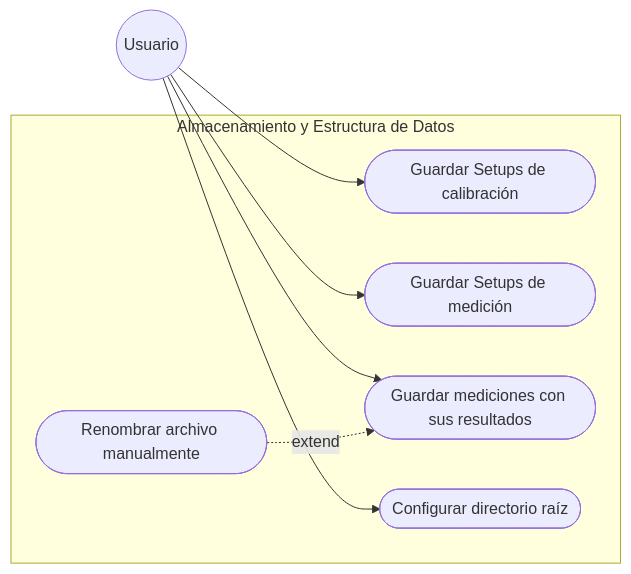
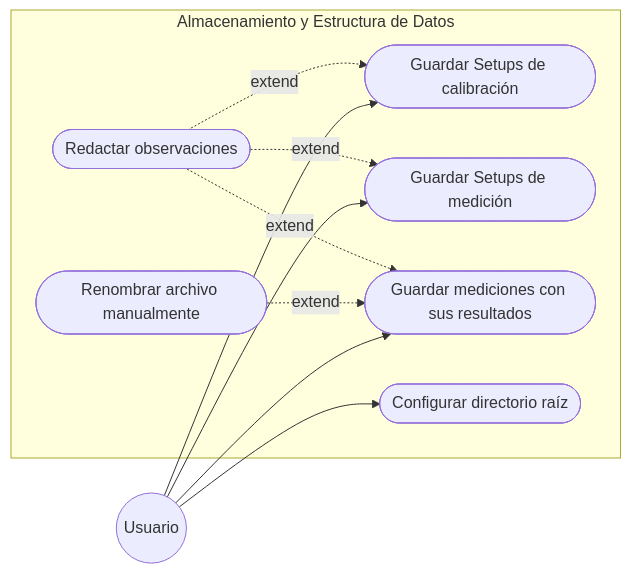
Before and after one commit to alegrelias/Repo-GMini: the fifth of 5 diagrams in Gmini-MarkDown/Diagramas/Casos de Uso.md, drawn with Mermaid. The commit also changed other lines of this file, not shown here.

Commit message:
Se modifica diagrama de casos de uso

````diff
--- a/Gmini-MarkDown/Diagramas/Casos de Uso.md
+++ b/Gmini-MarkDown/Diagramas/Casos de Uso.md
@@ -130,22 +130,26 @@
 ```mermaid
 flowchart LR
 %% Actores
 Usuario((Usuario))
 
 subgraph Almacenamiento y Estructura de Datos
 	CU1([Guardar Setups de calibración])
 	CU2([Guardar Setups de medición])
 	CU3([Guardar mediciones con sus resultados])
 	CU4([Configurar directorio raíz])
 	CU5([Renombrar archivo manualmente])
+	CU6([Redactar observaciones])
 end
 
 %% Asociaciones
 Usuario --> CU1
 Usuario --> CU2
 Usuario --> CU3
 Usuario --> CU4
 
 %% Relaciones Include/Extend
 CU5 -.extend.-> CU3
+CU6 -.extend.-> CU1
+CU6 -.extend.-> CU2
+CU6 -.extend.-> CU3
 ```
````
